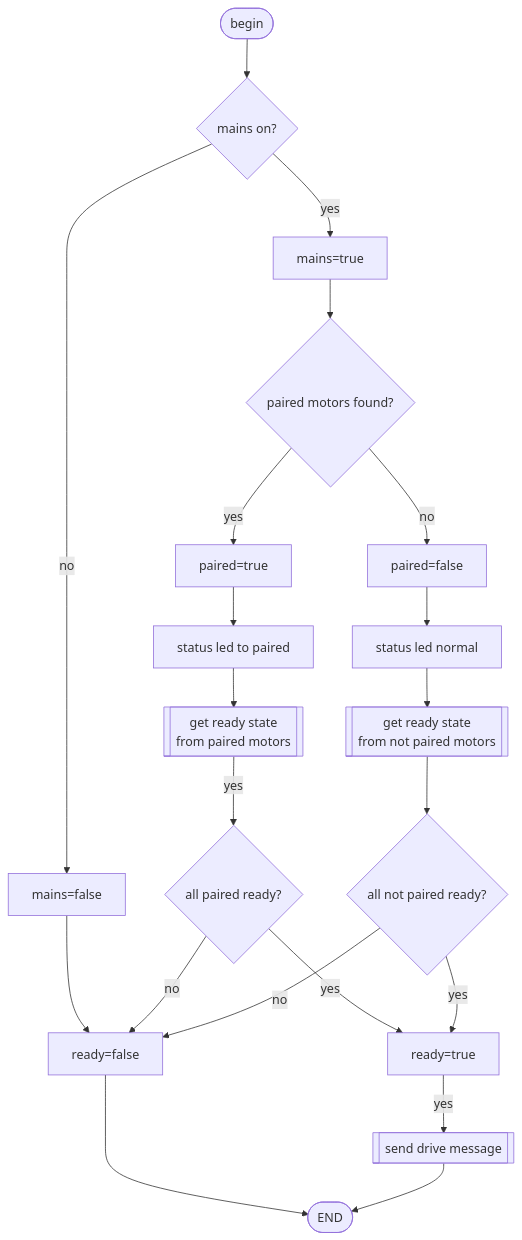
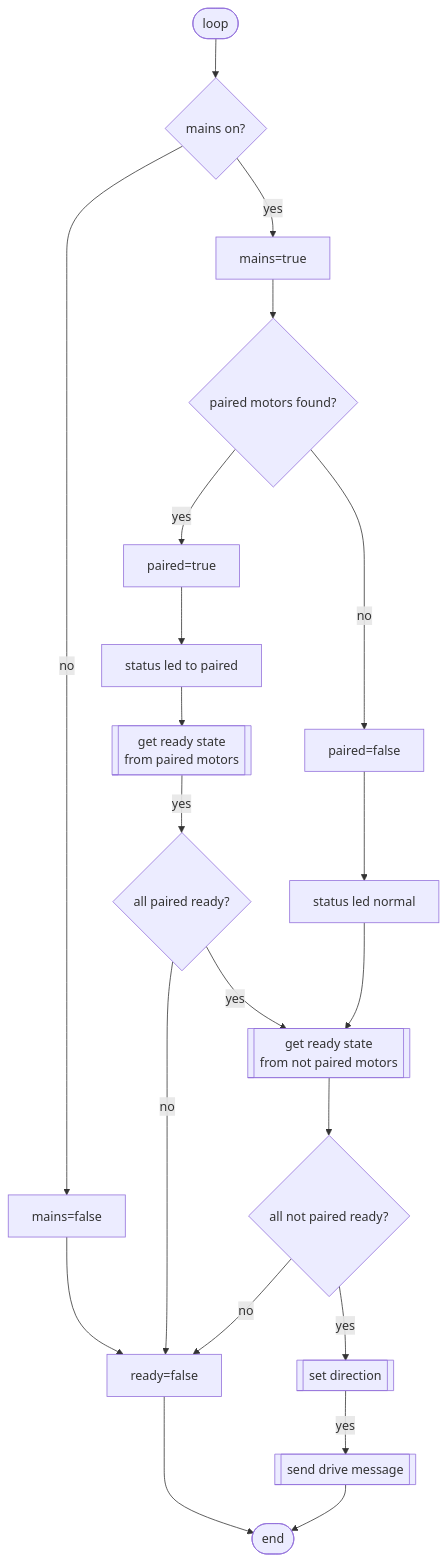
One commit to loco-can/loco-can-software changed the diagram in Loco_can_controler/README.md. Above: the diagram before and after it, drawn with Mermaid. The commit also changed other lines of this file, not shown here.

````diff
--- a/Loco_can_controler/README.md
+++ b/Loco_can_controler/README.md
@@ -113,23 +130,23 @@
 ```mermaid
 flowchart TD
-    BEGIN([begin]) --> MAINS_ON{mains on?}
+    BEGIN([loop]) --> MAINS_ON{mains on?}
     MAINS_ON -->|no| MOFF[mains=false]
     MOFF --> ROFF
     MAINS_ON -->|yes| MON[mains=true]
     MON --> ON{paired motors found?}
     ON -->|yes| PON[paired=true]
     ON -->|no| POFF[paired=false]
     PON --> PON_LED[status led to paired]
     PON_LED --> PON_GET[[get ready state\nfrom paired motors]]
     PON_GET -->|yes| PON_READY{all paired ready?}
     PON_READY -->|no| ROFF[ready=false]
     ROFF --> END([END])
-    PON_READY -->|yes| RON[ready=true]
+    PON_READY -->|yes| POFF_GET
     RON -->|yes| SEND[[send drive message]]
     POFF --> POFF_LED[status led normal]
     POFF_LED --> POFF_GET[[get ready state\nfrom not paired motors]]
     POFF_GET --> POFF_READY{all not paired ready?}
     POFF_READY -->|no| ROFF
-    POFF_READY -->|yes| RON
-    SEND --> END([END])
+    POFF_READY -->|yes| RON[[set direction]]
+    SEND --> END([end])
 ```
````
